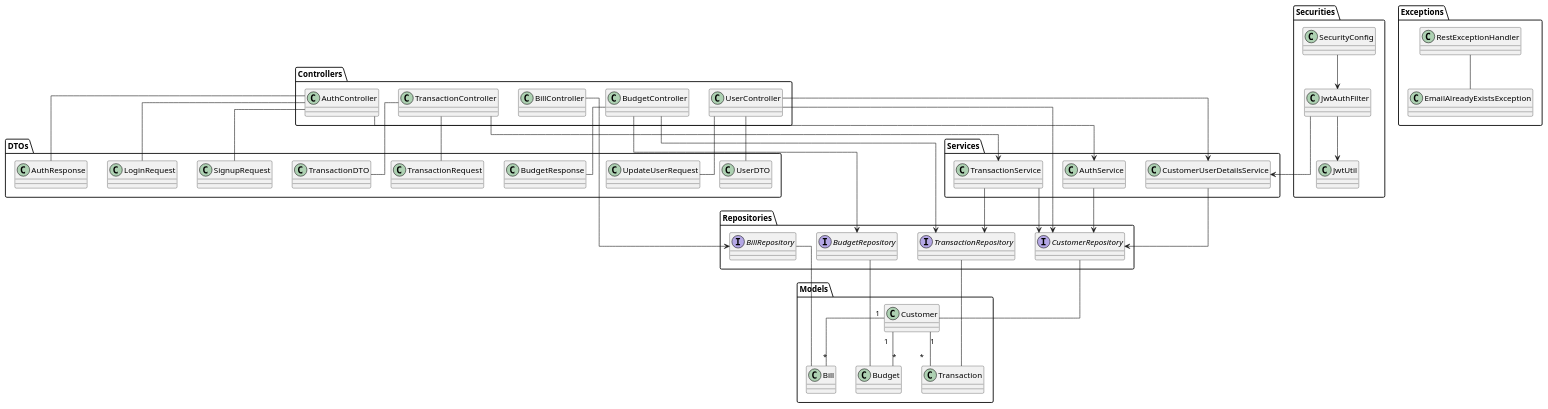
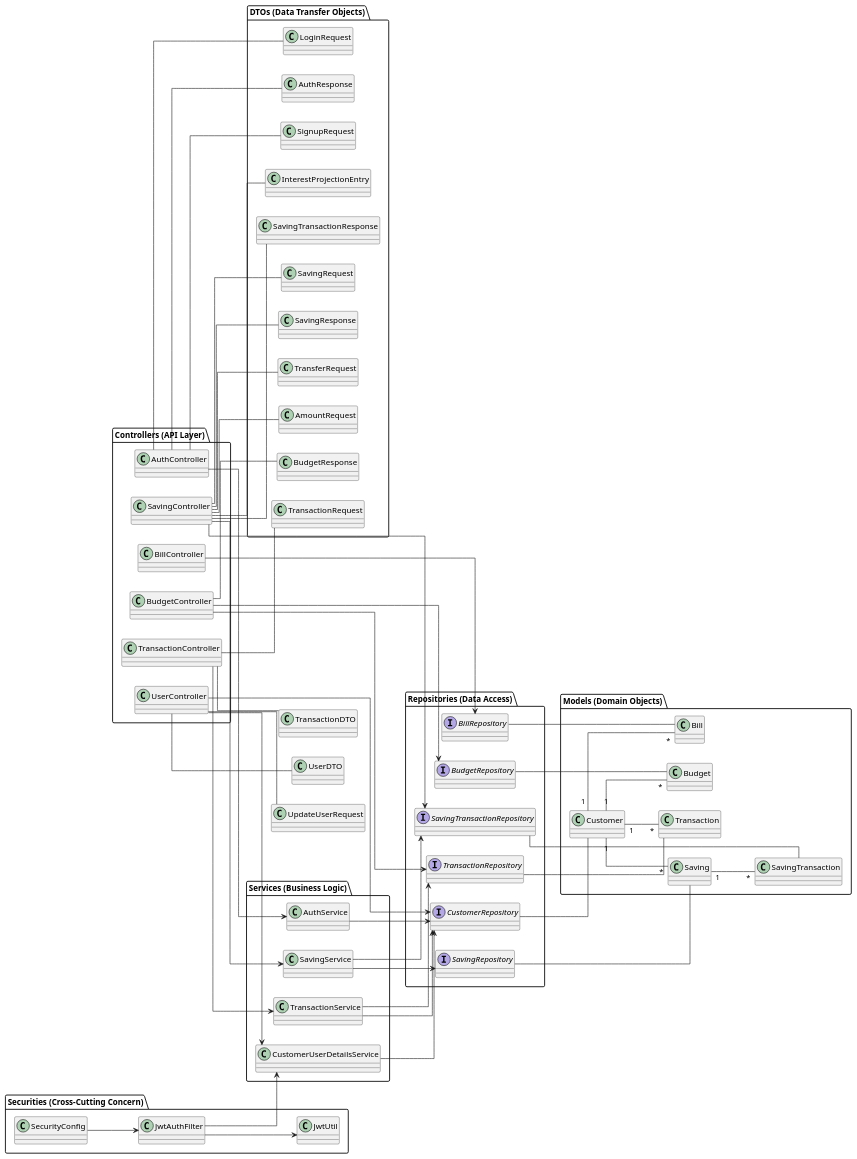
The diagram in design/class_diagram.plantuml (TrungVN9/expense-tracker-app), drawn with PlantUML before and after one commit.

Commit message:
integrated 5 features for saving tab

```diff
--- a/design/class_diagram.plantuml
+++ b/design/class_diagram.plantuml
@@ -1,104 +1,121 @@
 @startuml
 
 ' Style and layout
 skinparam classAttributeIconSize 0
 skinparam linetype ortho
 
+left to right direction
+
 ' Packages for organization
-package "Controllers" {
+package "Controllers (API Layer)" {
     class AuthController
     class BillController
     class BudgetController
     class TransactionController
     class UserController
+    class SavingController
 }
 
-package "Services" {
+package "Services (Business Logic)" {
     class AuthService
     class CustomerUserDetailsService
     class TransactionService
+    class SavingService
 }
 
-package "Repositories" {
+package "Repositories (Data Access)" {
     interface BillRepository
     interface BudgetRepository
     interface CustomerRepository
     interface TransactionRepository
+    interface SavingRepository
+    interface SavingTransactionRepository
 }
 
-package "Models" {
-    class Bill
-    class Budget
-    class Customer
-    class Transaction
-}
-
-package "Securities" {
-    class JwtAuthFilter
-    class JwtUtil
-    class SecurityConfig
-}
-
-package "Exceptions" {
-    class EmailAlreadyExistsException
-    class RestExceptionHandler
-}
-
-package "DTOs" {
-    class AuthResponse
-    class SignupRequest
-    class LoginRequest
-    class BudgetResponse
-    class TransactionRequest
-    class TransactionDTO
-    class UserDTO
-    class UpdateUserRequest
-}
-
-' Relationships
-
-' Controller -> Service
+' 1. Controller -> Service (Strict Layering)
 AuthController --> AuthService
 BillController --> BillRepository
 BudgetController --> BudgetRepository
 BudgetController --> TransactionRepository
 TransactionController --> TransactionService
 UserController --> CustomerUserDetailsService
 UserController --> CustomerRepository
+SavingController --> SavingService
+SavingController --> SavingTransactionRepository
 
-' Service -> Repository
+' 2. Service -> Repository
 AuthService --> CustomerRepository
 CustomerUserDetailsService --> CustomerRepository
 TransactionService --> TransactionRepository
 TransactionService --> CustomerRepository
+SavingService --> SavingRepository
+SavingService --> SavingTransactionRepository
 
-' Repository -> Model
+package "Models (Domain Objects)" {
+    class Bill
+    class Budget
+    class Customer
+    class Transaction
+    class Saving
+    class SavingTransaction
+}
+
+package "Securities (Cross-Cutting Concern)" {
+    class JwtAuthFilter
+    class JwtUtil
+    class SecurityConfig
+}
+
+
+package "DTOs (Data Transfer Objects)" {
+    class AuthResponse
+    class SignupRequest
+    class LoginRequest
+    class BudgetResponse
+    class TransactionRequest
+    class TransferRequest
+    class AmountRequest
+    class InterestProjectionEntry
+    class SavingTransactionResponse
+    class SavingRequest
+    class SavingResponse
+
+}
+
+' 3. Repository -> Models
 BillRepository -- Bill
 BudgetRepository -- Budget
 CustomerRepository -- Customer
 TransactionRepository -- Transaction
+SavingRepository -- Saving
+SavingTransactionRepository -- SavingTransaction
 
 ' Controller -> DTOs
 AuthController -- AuthResponse
 AuthController -- SignupRequest
 AuthController -- LoginRequest
 BudgetController -- BudgetResponse
 TransactionController -- TransactionRequest
 TransactionController -- TransactionDTO
 UserController -- UserDTO
 UserController -- UpdateUserRequest
+SavingController -- SavingRequest
+SavingController -- SavingResponse
+SavingController -- SavingTransactionResponse
+SavingController -- TransferRequest
+SavingController -- AmountRequest
+SavingController -- InterestProjectionEntry
 
 ' Security
 SecurityConfig --> JwtAuthFilter
 JwtAuthFilter --> JwtUtil
 JwtAuthFilter --> CustomerUserDetailsService
 
-' Exception Handling
-RestExceptionHandler -- EmailAlreadyExistsException
-
 ' Model Relationships
 Customer "1" -- "*" Bill
 Customer "1" -- "*" Budget
 Customer "1" -- "*" Transaction
+Customer "1" -- "*" Saving
+Saving "1" -- "*" SavingTransaction
 
 @enduml
```
